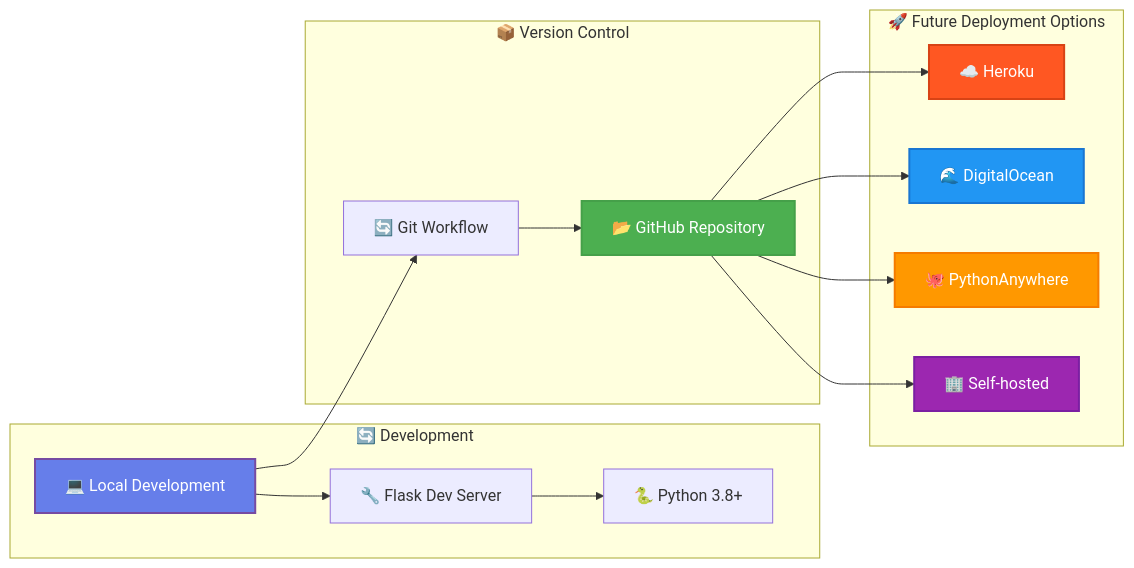
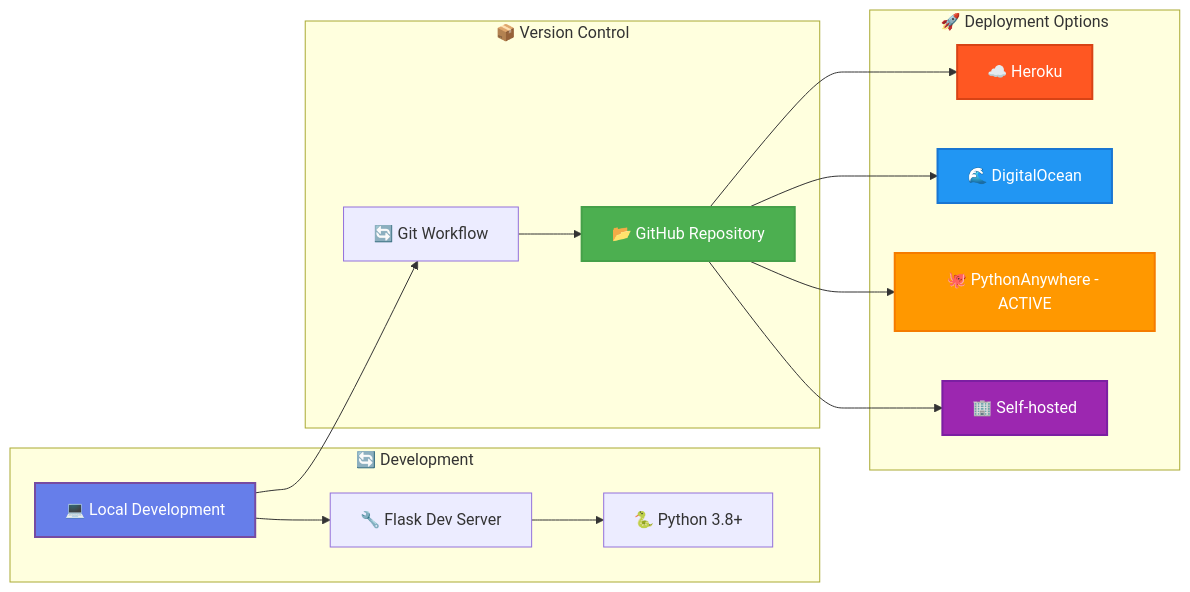
The third of 3 diagrams in README.md (Roz4Tech/QuizyWebApp), drawn with Mermaid before and after one commit. The commit also changed other lines of this file and 1 other file, not shown here.

First line of the commit message:
feat: Add comprehensive PythonAnywhere deployment guide

````diff
--- a/README.md
+++ b/README.md
@@ -155,36 +155,36 @@
 ```mermaid
 graph LR
     subgraph "🔄 Development"
         A[💻 Local Development]
         B[🔧 Flask Dev Server]
         C[🐍 Python 3.8+]
     end
     
     subgraph "📦 Version Control"
         D[📂 GitHub Repository]
         E[🔄 Git Workflow]
     end
     
-    subgraph "🚀 Future Deployment Options"
+    subgraph "🚀 Deployment Options"
         F[☁️ Heroku]
-        G[🌊 DigitalOcean]
-        H[🐙 PythonAnywhere]
+        G[🌊 DigitalOcean] 
+        H[🐙 PythonAnywhere - ACTIVE]
         I[🏢 Self-hosted]
     end
     
     A --> B
     B --> C
     A --> E
     E --> D
     D --> F
     D --> G
     D --> H
     D --> I
     
     style A fill:#667eea,stroke:#764ba2,stroke-width:2px,color:#fff
     style D fill:#4CAF50,stroke:#45a049,stroke-width:2px,color:#fff
     style F fill:#FF5722,stroke:#D84315,stroke-width:2px,color:#fff
     style G fill:#2196F3,stroke:#1976D2,stroke-width:2px,color:#fff
     style H fill:#FF9800,stroke:#F57C00,stroke-width:2px,color:#fff
     style I fill:#9C27B0,stroke:#7B1FA2,stroke-width:2px,color:#fff
 ```
````
